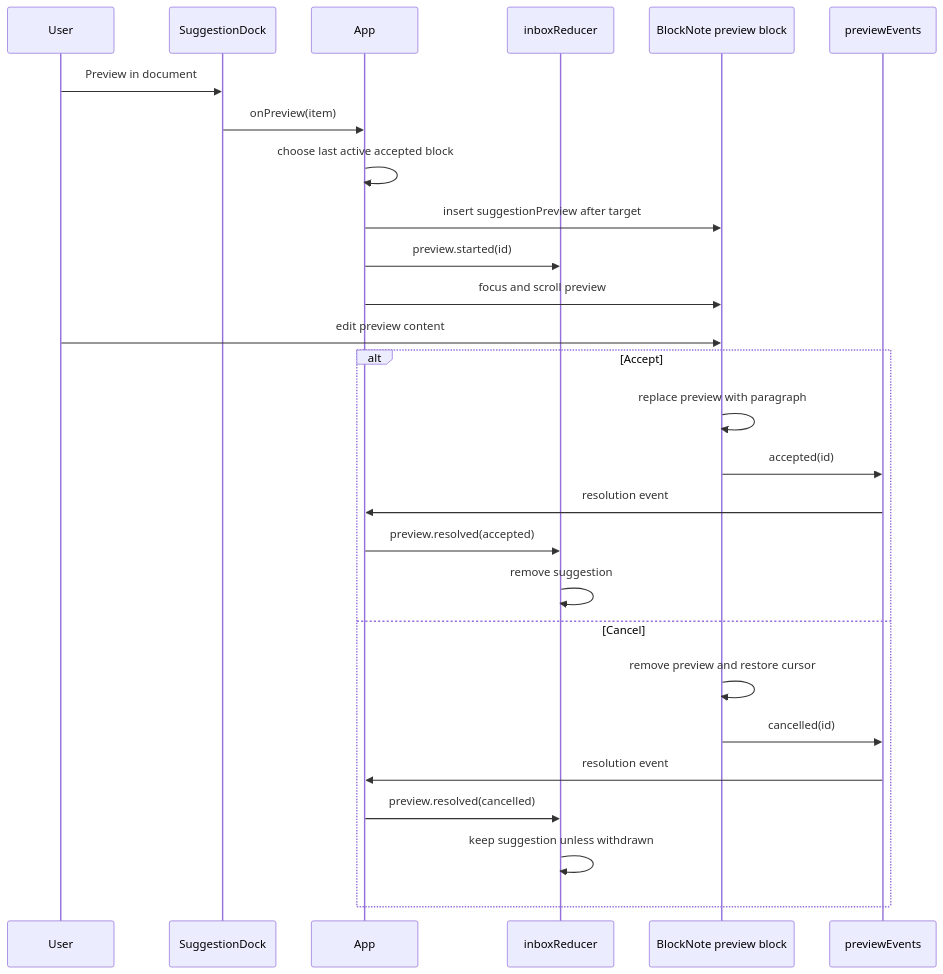
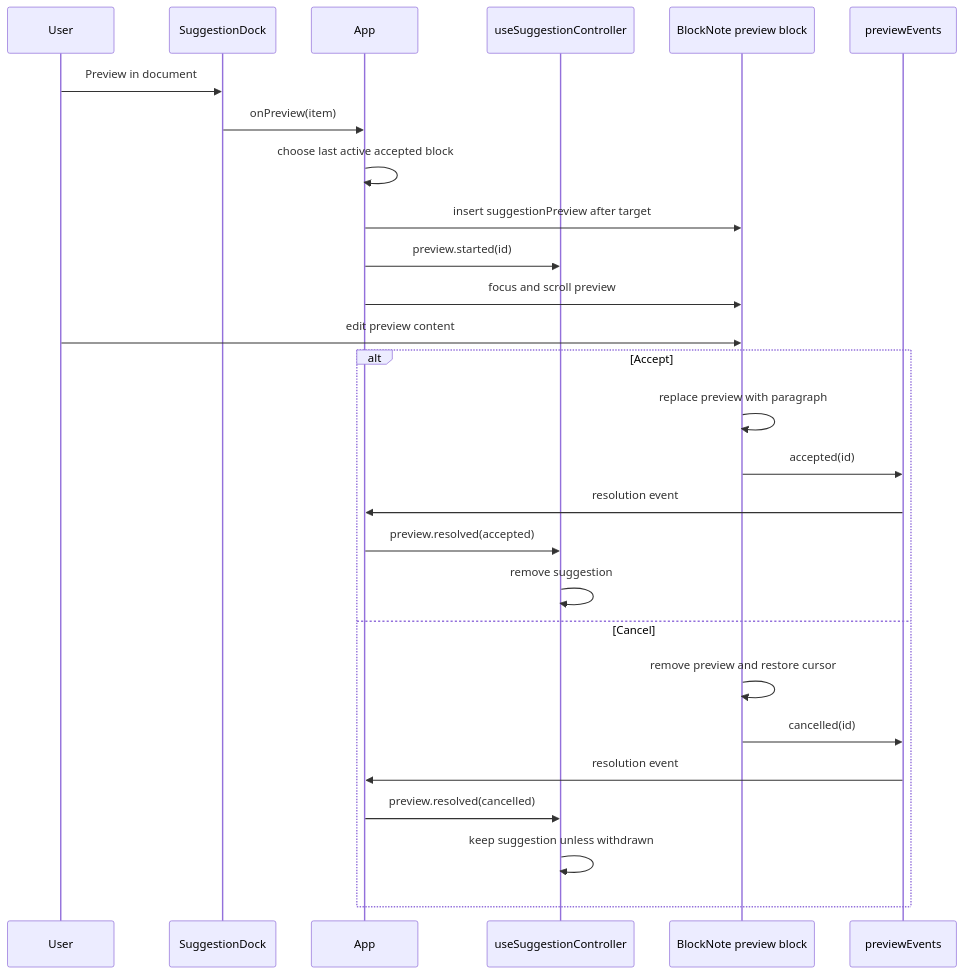
One commit to bitshielddev/writing-app changed the first of 2 diagrams in docs/editor-and-suggestions.md. Above: the diagram before and after it, drawn with Mermaid. The commit also changed other lines of this file and 70 other files, not shown here.

Commit message:
Suggestion controller consolidation

````diff
--- a/docs/editor-and-suggestions.md
+++ b/docs/editor-and-suggestions.md
@@ -110,30 +101,30 @@
 ```mermaid
 sequenceDiagram
     participant User
     participant Dock as SuggestionDock
     participant App
-    participant Inbox as inboxReducer
+    participant Inbox as useSuggestionController
     participant Editor as BlockNote preview block
     participant Bridge as previewEvents
 
     User->>Dock: Preview in document
     Dock->>App: onPreview(item)
     App->>App: choose last active accepted block
     App->>Editor: insert suggestionPreview after target
     App->>Inbox: preview.started(id)
     App->>Editor: focus and scroll preview
     User->>Editor: edit preview content
     alt Accept
         Editor->>Editor: replace preview with paragraph
         Editor->>Bridge: accepted(id)
         Bridge->>App: resolution event
         App->>Inbox: preview.resolved(accepted)
         Inbox->>Inbox: remove suggestion
     else Cancel
         Editor->>Editor: remove preview and restore cursor
         Editor->>Bridge: cancelled(id)
         Bridge->>App: resolution event
         App->>Inbox: preview.resolved(cancelled)
         Inbox->>Inbox: keep suggestion unless withdrawn
     end
 ```
````
